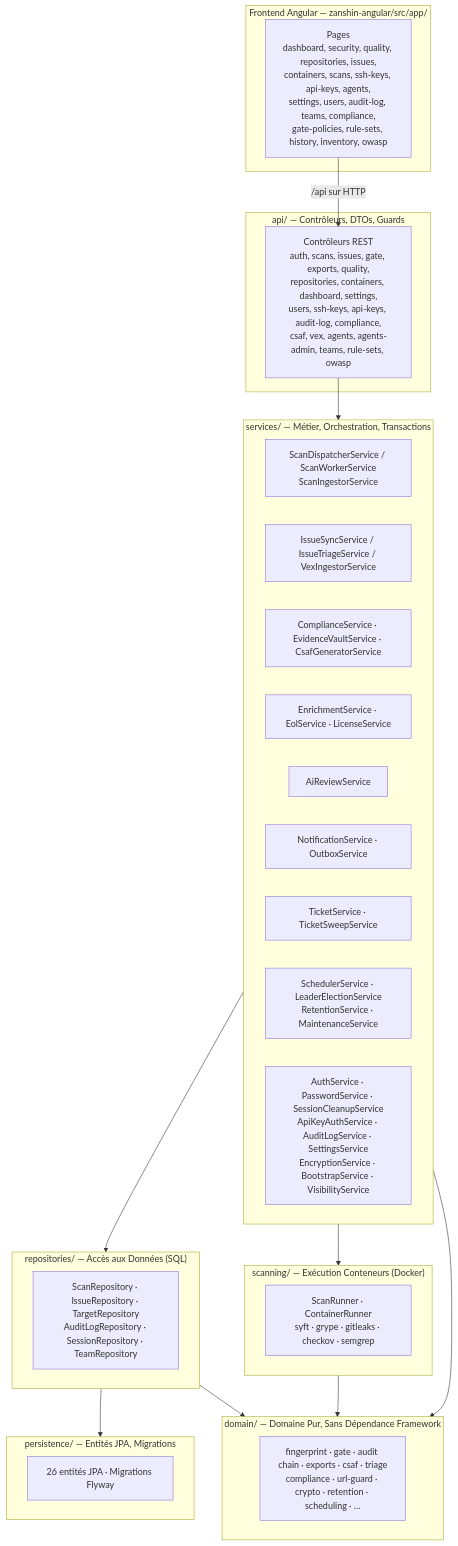
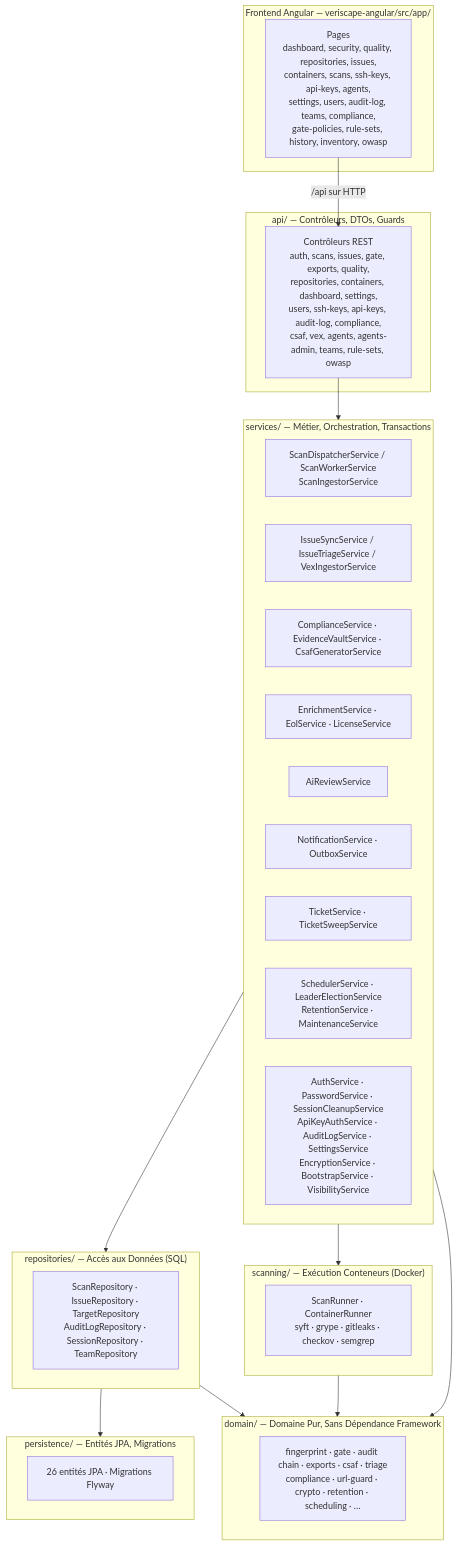
Before and after one commit to asmolabs/vectispire: the diagram in docs/fr/TECHNICAL_DOCUMENTATION.fr.md, drawn with Mermaid. The commit also changed other lines of this file and 23 other files, not shown here.

Commit message:
refactor: rename project from Zanshin to Veriscape across documentation, configuration, and environment variables

````diff
--- a/docs/fr/TECHNICAL_DOCUMENTATION.fr.md
+++ b/docs/fr/TECHNICAL_DOCUMENTATION.fr.md
@@ -13,47 +21,47 @@
 ```mermaid
 flowchart TB
-    subgraph front["Frontend Angular — zanshin-angular/src/app/"]
+    subgraph front["Frontend Angular — veriscape-angular/src/app/"]
         Pages["Pages<br/>dashboard, security, quality, repositories, issues,<br/>containers, scans, ssh-keys, api-keys, agents,<br/>settings, users, audit-log, teams, compliance,<br/>gate-policies, rule-sets, history, inventory, owasp"]
     end
 
     subgraph api["api/ — Contrôleurs, DTOs, Guards"]
         Routes["Contrôleurs REST<br/>auth, scans, issues, gate, exports, quality,<br/>repositories, containers, dashboard, settings,<br/>users, ssh-keys, api-keys, audit-log, compliance,<br/>csaf, vex, agents, agents-admin, teams, rule-sets, owasp"]
     end
 
     subgraph services["services/ — Métier, Orchestration, Transactions"]
         Scan["ScanDispatcherService / ScanWorkerService<br/>ScanIngestorService"]
         Issue["IssueSyncService / IssueTriageService / VexIngestorService"]
         Comp["ComplianceService · EvidenceVaultService · CsafGeneratorService"]
         Enrich["EnrichmentService · EolService · LicenseService"]
         Ai["AiReviewService"]
         Notify["NotificationService · OutboxService"]
         Ticket["TicketService · TicketSweepService"]
         Ops["SchedulerService · LeaderElectionService<br/>RetentionService · MaintenanceService"]
         Auth["AuthService · PasswordService · SessionCleanupService<br/>ApiKeyAuthService · AuditLogService · SettingsService<br/>EncryptionService · BootstrapService · VisibilityService"]
     end
 
     subgraph repos["repositories/ — Accès aux Données (SQL)"]
         R["ScanRepository · IssueRepository · TargetRepository<br/>AuditLogRepository · SessionRepository · TeamRepository"]
     end
 
     subgraph persistence["persistence/ — Entités JPA, Migrations"]
         Ent["26 entités JPA · Migrations Flyway"]
     end
 
     subgraph domain["domain/ — Domaine Pur, Sans Dépendance Framework"]
         D["fingerprint · gate · audit chain · exports · csaf · triage<br/>compliance · url-guard · crypto · retention · scheduling · …"]
     end
 
     subgraph scanning["scanning/ — Exécution Conteneurs (Docker)"]
         S["ScanRunner · ContainerRunner<br/>syft · grype · gitleaks · checkov · semgrep"]
     end
 
     Pages -->|"/api sur HTTP"| Routes
     Routes --> services
     services --> repos
     repos --> persistence
     services --> scanning
     services --> domain
     repos --> domain
     scanning --> domain
 ```
````
